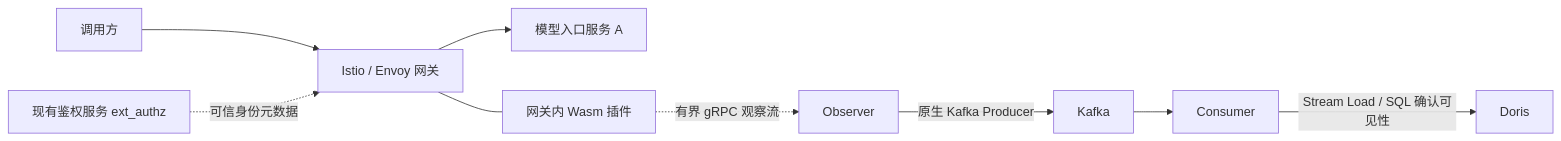
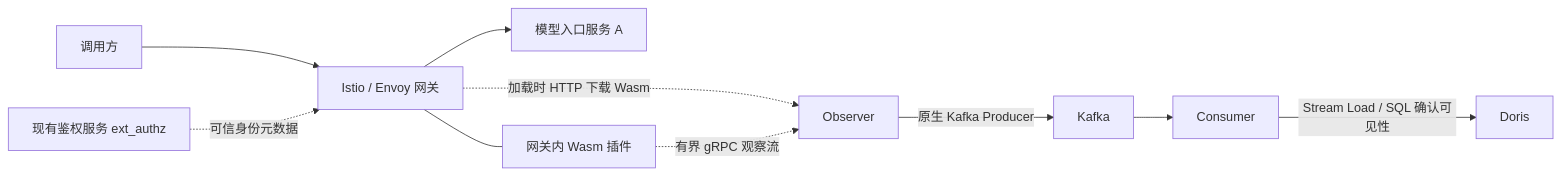
One commit to Fangyan33/llm-token-stats changed the diagram in README.md. Above: the diagram before and after it, drawn with Mermaid. The commit also changed other lines of this file and 26 other files, not shown here.

Commit message:
wasm provided by observer

````diff
--- a/README.md
+++ b/README.md
@@ -9,11 +9,12 @@
 ```mermaid
 flowchart LR
     Client[调用方] --> Gateway[Istio / Envoy 网关]
     Gateway --> Model[模型入口服务 A]
     Auth[现有鉴权服务 ext_authz] -. 可信身份元数据 .-> Gateway
     Gateway --- Wasm[网关内 Wasm 插件]
+    Gateway -. 加载时 HTTP 下载 Wasm .-> Observer
     Wasm -. 有界 gRPC 观察流 .-> Observer
     Observer -->|原生 Kafka Producer| Kafka
     Kafka --> Consumer
     Consumer -->|Stream Load / SQL 确认可见性| Doris
 ```
````
